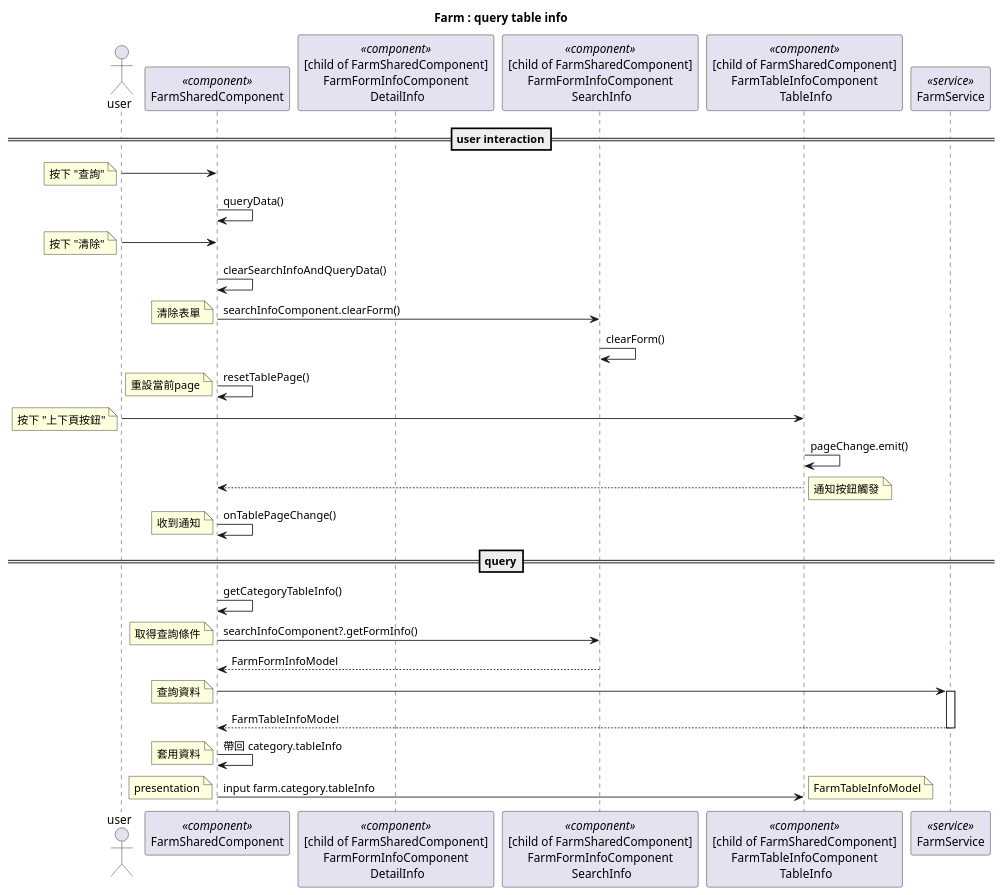
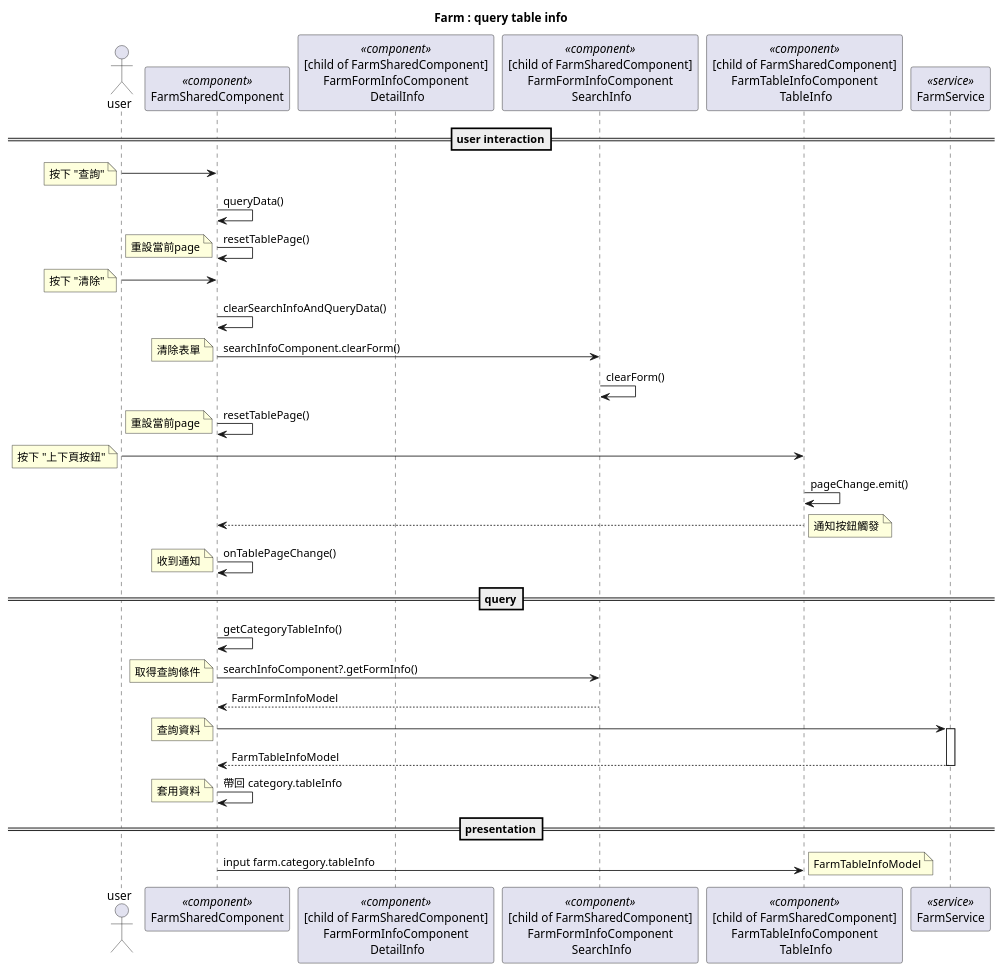
Before and after one commit to jef15938/CMS-4.0_FE-githubActions: the diagram in cms/diagram/farm/3.farm-query-table-info.wsd, drawn with PlantUML. The commit also changed 2 other files, not shown here.

```diff
--- a/cms/diagram/farm/3.farm-query-table-info.wsd
+++ b/cms/diagram/farm/3.farm-query-table-info.wsd
@@ -1,51 +1,54 @@
 @startuml
 Title Farm : query table info
 
 actor user
 participant "FarmSharedComponent" as main << component >>
 participant "[child of FarmSharedComponent]\nFarmFormInfoComponent\n DetailInfo" as detailInfo << component >>
 participant "[child of FarmSharedComponent]\nFarmFormInfoComponent\n SearchInfo" as searchInfo << component >>
 participant "[child of FarmSharedComponent]\nFarmTableInfoComponent\n TableInfo" as tableInfo << component >>
 participant "FarmService" as farmService << service >>
 
 ==user interaction==
 user -> main
 note left: 按下 "查詢"
 main -> main: queryData()
+main -> main: resetTablePage()
+note left: 重設當前page
 
 user -> main
 note left: 按下 "清除"
 main -> main: clearSearchInfoAndQueryData()
 main -> searchInfo: searchInfoComponent.clearForm()
 note left: 清除表單
 searchInfo -> searchInfo: clearForm()
 main -> main: resetTablePage()
 note left: 重設當前page
 
 user -> tableInfo
 note left: 按下 "上下頁按鈕"
 tableInfo -> tableInfo: pageChange.emit()
 tableInfo --> main
 note right: 通知按鈕觸發
 main -> main: onTablePageChange()
 note left: 收到通知
 
 ==query==
 main -> main: getCategoryTableInfo()
 main -> searchInfo: searchInfoComponent?.getFormInfo()
 note left: 取得查詢條件
 return FarmFormInfoModel
 
 main -> farmService
 note left: 查詢資料
 activate farmService
 return FarmTableInfoModel
 
 main -> main: 帶回 category.tableInfo
 note left: 套用資料
 
+==presentation==
+
 main -> tableInfo: input farm.category.tableInfo
 note right: FarmTableInfoModel
-note left: presentation
 
 @enduml
```
